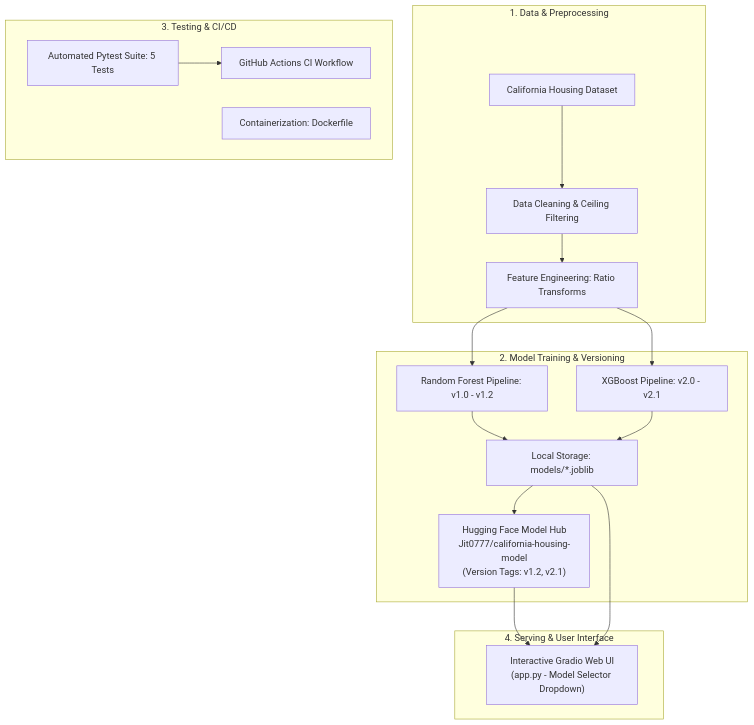
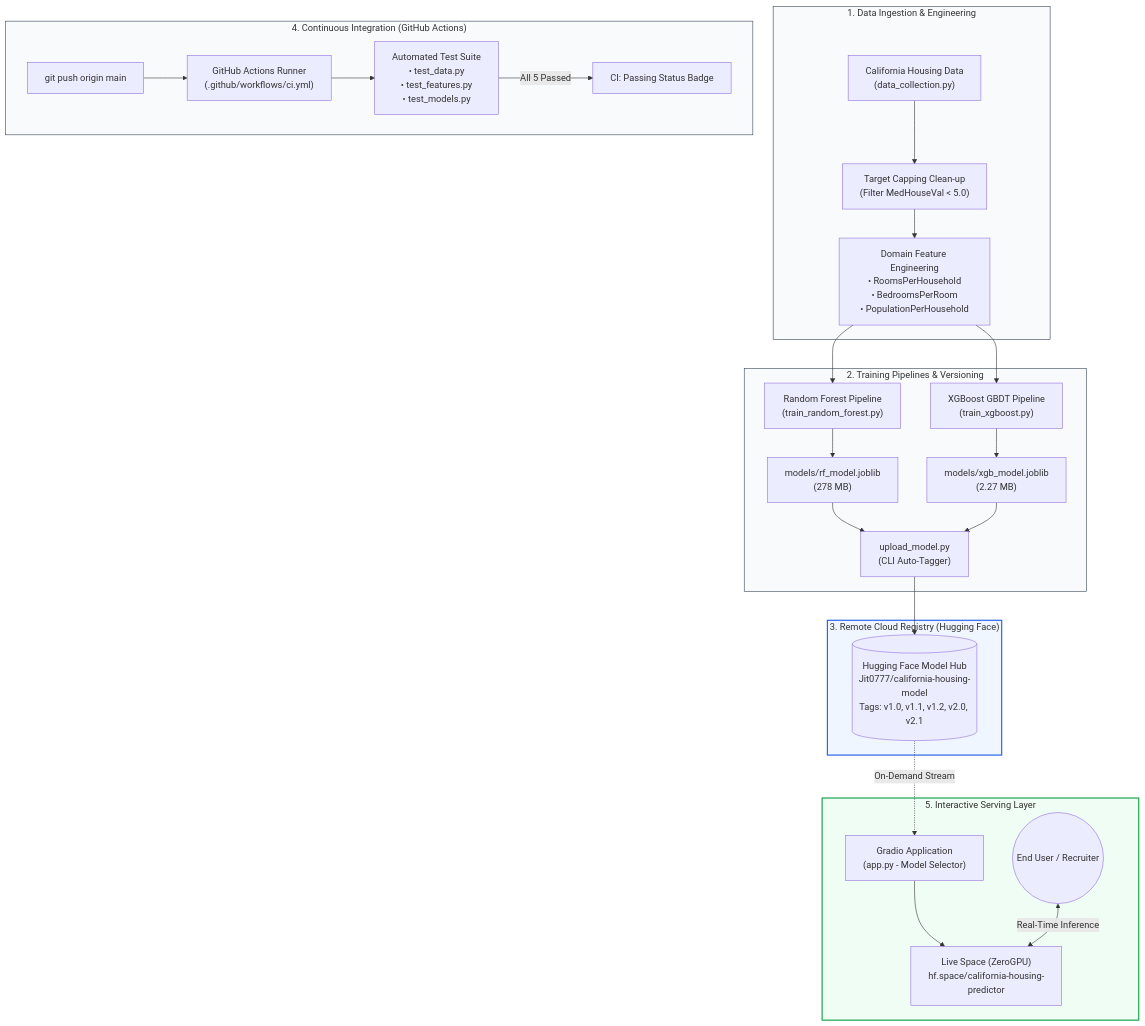
The diagram in README.md (Saumojit30/mlops-base), drawn with Mermaid before and after one commit. The commit also changed other lines of this file and 1 other file, not shown here.

Commit message:
docs: Revamp README to enterprise MLOps standards with architecture and quickstart guide

````diff
--- a/README.md
+++ b/README.md
@@ -15,25 +66,42 @@
 ```mermaid
 flowchart TD
-    subgraph "1. Data & Preprocessing"
-        Raw[California Housing Dataset] --> Clean[Data Cleaning & Ceiling Filtering]
-        Clean --> FE[Feature Engineering: Ratio Transforms]
+    %% Styling
+    classDef stage fill:#f8fafc,stroke:#334155,stroke-width:1px;
+    classDef highlight fill:#eff6ff,stroke:#2563eb,stroke-width:2px;
+    classDef success fill:#f0fdf4,stroke:#16a34a,stroke-width:2px;
+
+    subgraph S1["1. Data Ingestion & Engineering"]
+        Raw["California Housing Data\n(data_collection.py)"] --> Clean["Target Capping Clean-up\n(Filter MedHouseVal < 5.0)"]
+        Clean --> FE["Domain Feature Engineering\n• RoomsPerHousehold\n• BedroomsPerRoom\n• PopulationPerHousehold"]
     end
+    class S1 stage;
 
-    subgraph "2. Model Training & Versioning"
-        FE --> RF[Random Forest Pipeline: v1.0 - v1.2]
-        FE --> XGB[XGBoost Pipeline: v2.0 - v2.1]
-        RF --> LocalModels[Local Storage: models/*.joblib]
-        XGB --> LocalModels
-        LocalModels --> HFHub["Hugging Face Model Hub\nJit0777/california-housing-model\n(Version Tags: v1.2, v2.1)"]
+    subgraph S2["2. Training Pipelines & Versioning"]
+        FE --> TRF["Random Forest Pipeline\n(train_random_forest.py)"]
+        FE --> TXGB["XGBoost GBDT Pipeline\n(train_xgboost.py)"]
+        TRF --> RFWeights["models/rf_model.joblib\n(278 MB)"]
+        TXGB --> XGBWeights["models/xgb_model.joblib\n(2.27 MB)"]
+        RFWeights --> UploadCLI["upload_model.py\n(CLI Auto-Tagger)"]
+        XGBWeights --> UploadCLI
     end
+    class S2 stage;
 
-    subgraph "3. Testing & CI/CD"
-        Tests[Automated Pytest Suite: 5 Tests] --> GHActions[GitHub Actions CI Workflow]
-        Docker[Containerization: Dockerfile]
+    subgraph S3["3. Remote Cloud Registry (Hugging Face)"]
+        UploadCLI --> HFHub[("Hugging Face Model Hub\nJit0777/california-housing-model\nTags: v1.0, v1.1, v1.2, v2.0, v2.1")]
     end
+    class S3 highlight;
 
-    subgraph "4. Serving & User Interface"
-        HFHub --> GradioApp["Interactive Gradio Web UI\n(app.py - Model Selector Dropdown)"]
-        LocalModels --> GradioApp
+    subgraph S4["4. Continuous Integration (GitHub Actions)"]
+        CodePush["git push origin main"] --> GHA["GitHub Actions Runner\n(.github/workflows/ci.yml)"]
+        GHA --> Pytest["Automated Test Suite\n• test_data.py\n• test_features.py\n• test_models.py"]
+        Pytest -->|All 5 Passed| GreenBadge["CI: Passing Status Badge"]
     end
+    class S4 stage;
+
+    subgraph S5["5. Interactive Serving Layer"]
+        HFHub -.->|On-Demand Stream| App["Gradio Application\n(app.py - Model Selector)"]
+        App --> Space["Live Space (ZeroGPU)\nhf.space/california-housing-predictor"]
+        User(("End User / Recruiter")) <-->|Real-Time Inference| Space
+    end
+    class S5 success;
 ```
````
